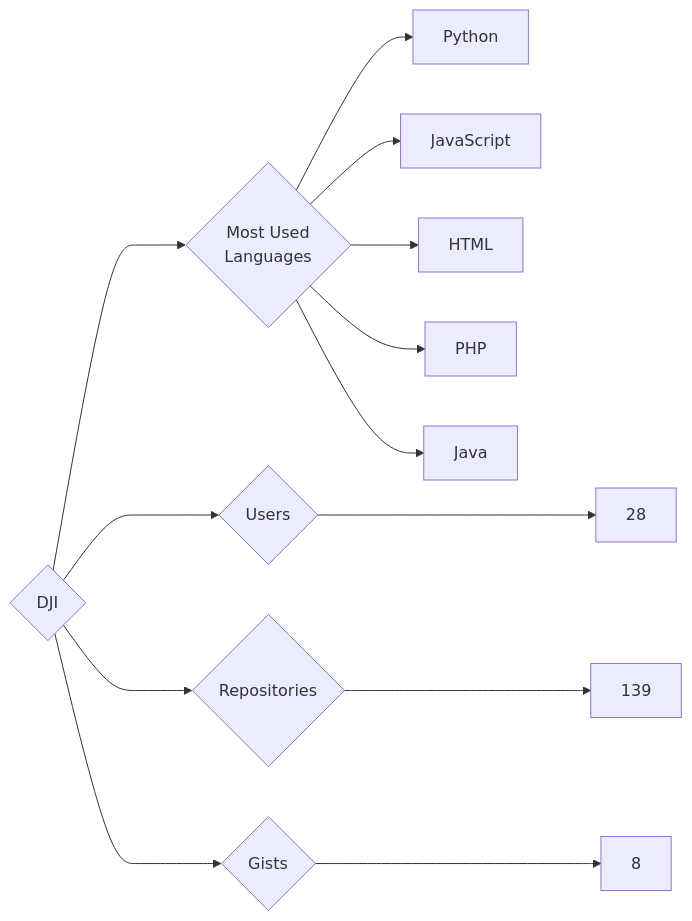
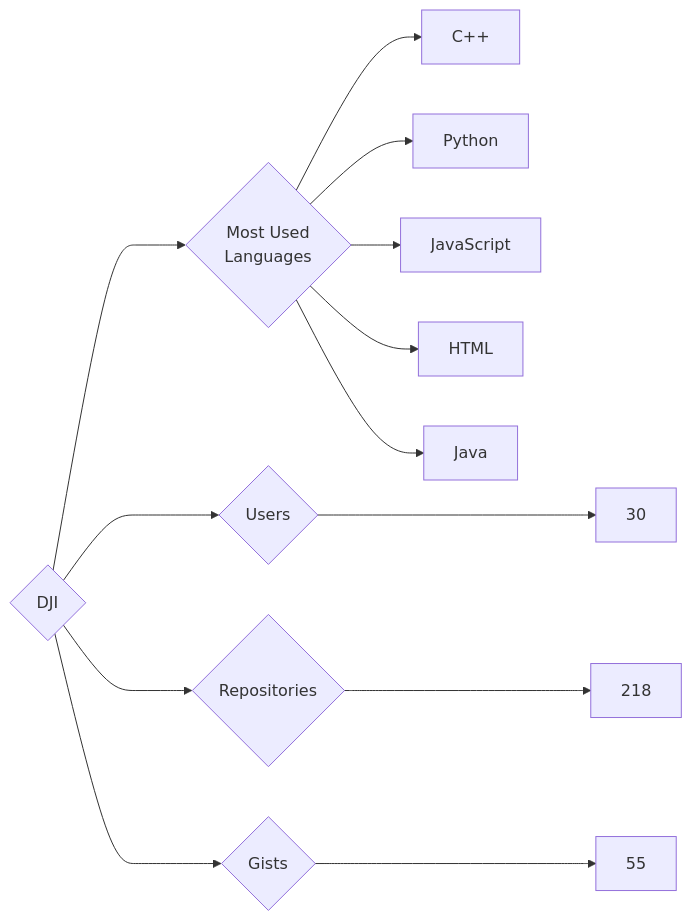
One commit to trickest/insiders changed the diagram in targets/DJI/README.md. Above: the diagram before and after it, drawn with Mermaid. The commit also changed 721 other files, not shown here.

````diff
--- a/targets/DJI/README.md
+++ b/targets/DJI/README.md
@@ -3,13 +3,13 @@
 ```mermaid
 graph LR
 COMPANY_NAME{DJI}
-COMPANY_NAME ---> U{Users} ---> UN[28]
-COMPANY_NAME ---> R{Repositories} ---> RN[139]
-COMPANY_NAME ---> G{Gists} ---> GN[8]
+COMPANY_NAME ---> U{Users} ---> UN[30]
+COMPANY_NAME ---> R{Repositories} ---> RN[218]
+COMPANY_NAME ---> G{Gists} ---> GN[55]
 COMPANY_NAME ---> ML{Most Used<br>Languages}
+ML --> C++[C++]
 ML --> Python[Python]
 ML --> JavaScript[JavaScript]
 ML --> HTML[HTML]
-ML --> PHP[PHP]
 ML --> Java[Java]
 ```
````
